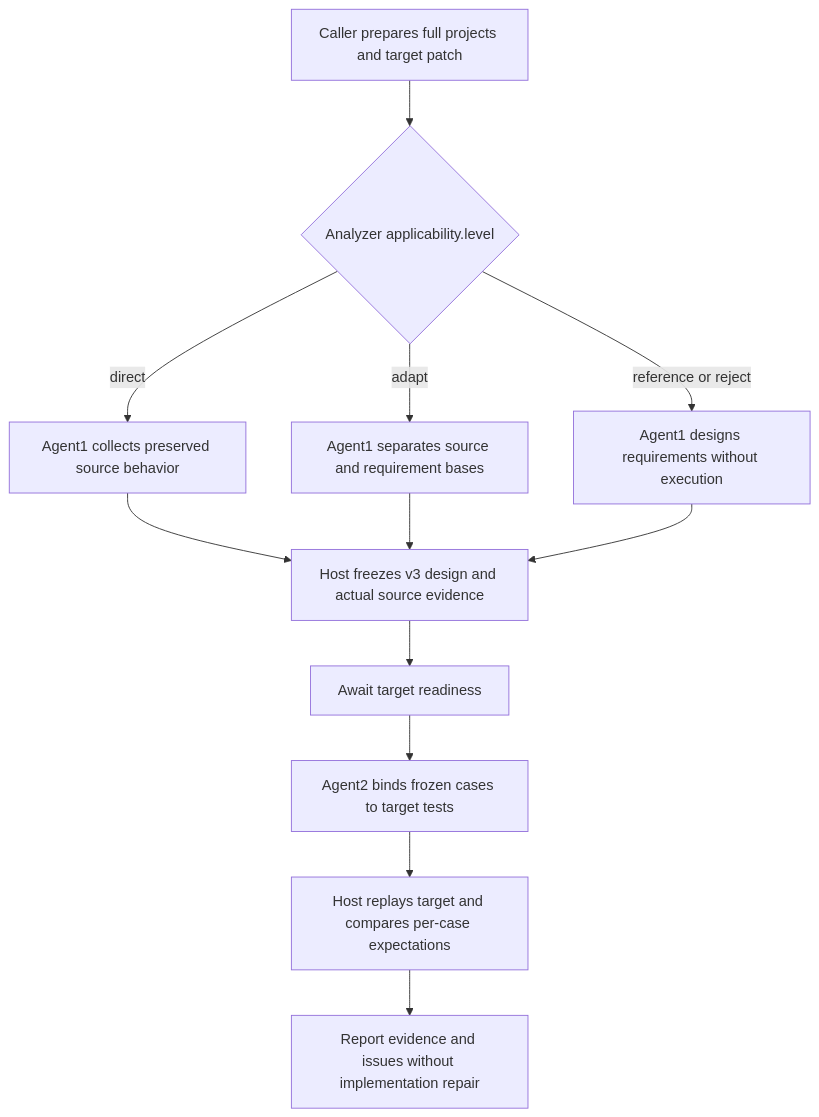
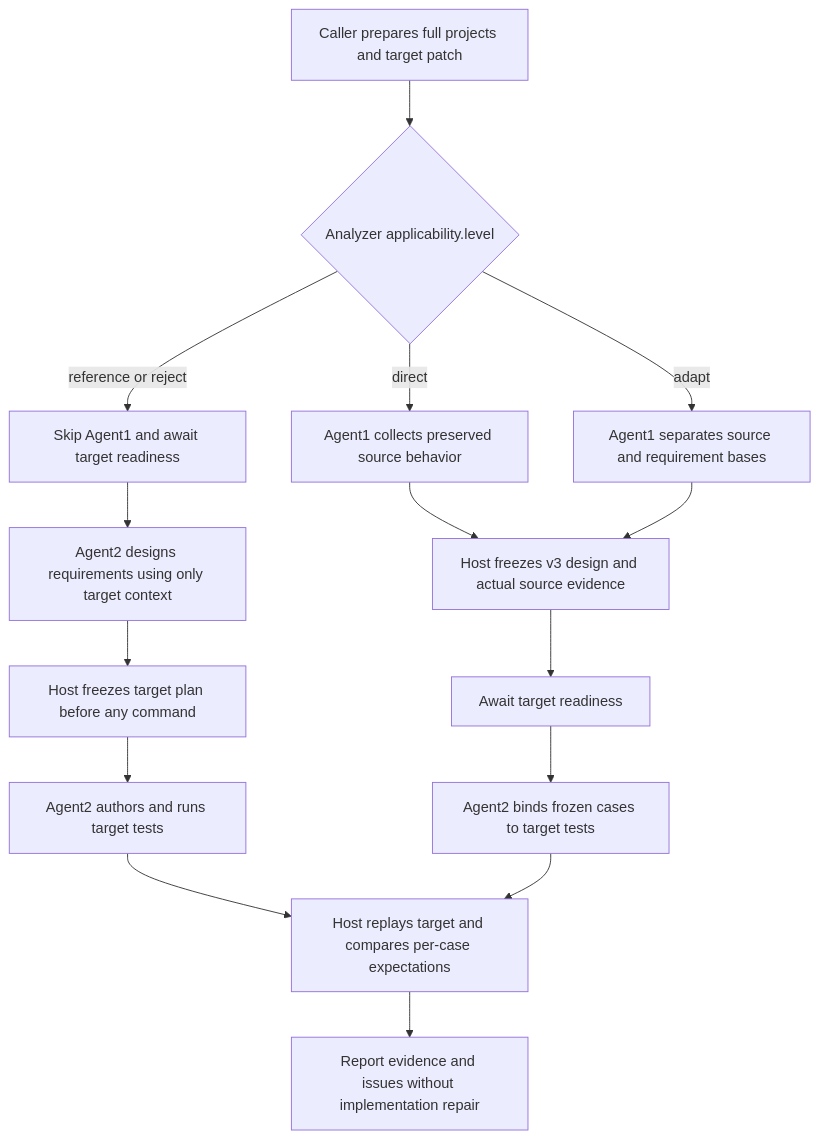
Before and after one commit to interfuckjuve/weichai: the diagram in services/translation-verifier/e2e/README.md, drawn with Mermaid. The commit also changed other lines of this file and 11 other files, not shown here.

Commit message:
feat(verifier): skip Agent1 for independent target verification

````diff
--- a/services/translation-verifier/e2e/README.md
+++ b/services/translation-verifier/e2e/README.md
@@ -151,14 +151,17 @@
 ```mermaid
 flowchart TD
   A[Caller prepares full projects and target patch] --> B{Analyzer applicability.level}
   B -->|direct| C[Agent1 collects preserved source behavior]
   B -->|adapt| D[Agent1 separates source and requirement bases]
-  B -->|reference or reject| E[Agent1 designs requirements without execution]
+  B -->|reference or reject| E[Skip Agent1 and await target readiness]
   C --> F[Host freezes v3 design and actual source evidence]
   D --> F
-  E --> F
   F --> G[Await target readiness]
   G --> H[Agent2 binds frozen cases to target tests]
-  H --> I[Host replays target and compares per-case expectations]
+  E --> K[Agent2 designs requirements using only target context]
+  K --> L[Host freezes target plan before any command]
+  L --> M[Agent2 authors and runs target tests]
+  M --> I[Host replays target and compares per-case expectations]
+  H --> I
   I --> J[Report evidence and issues without implementation repair]
 ```
````
